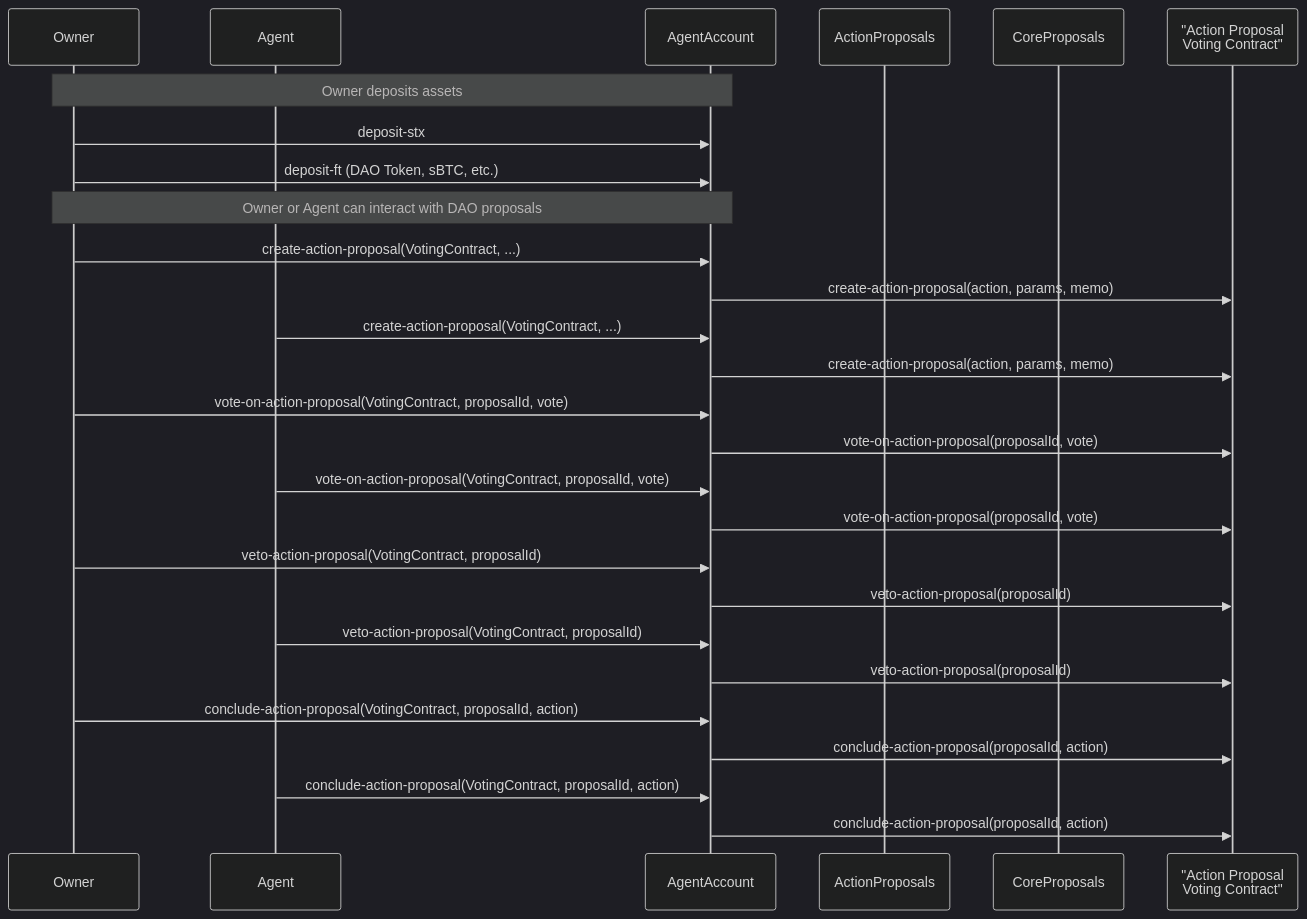
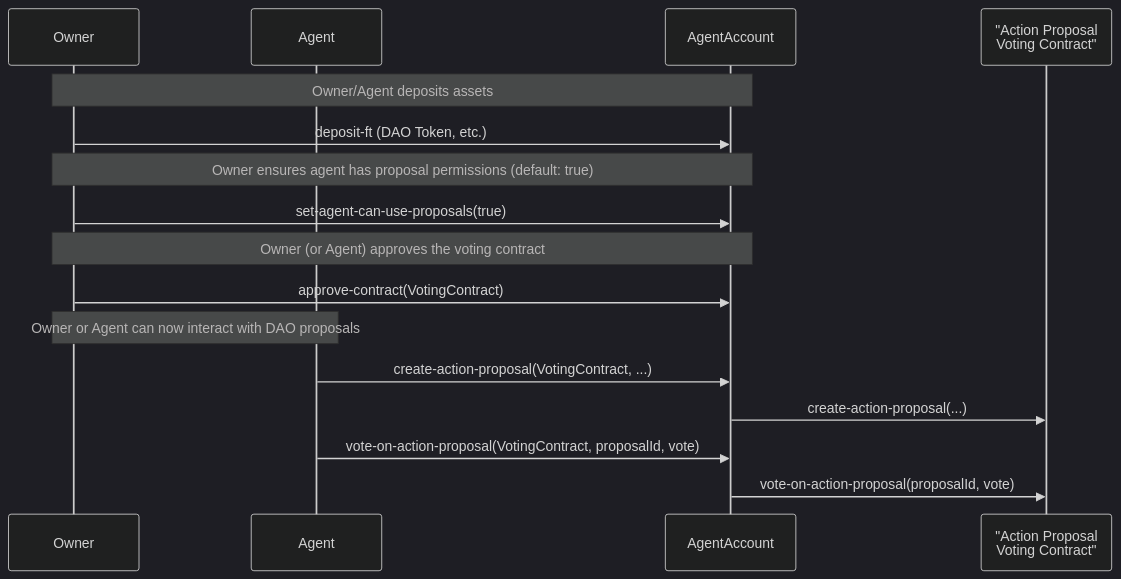
The second of 3 diagrams in aibtc-contracts/agent-account/README.md (aibtcdev/aibtcdev-docs), drawn with Mermaid (dark theme) before and after one commit. The commit also changed other lines of this file and 1 other file, not shown here.

Commit message:
docs: Update agent account README and example to reflect contract changes

````diff
--- a/aibtc-contracts/agent-account/README.md
+++ b/aibtc-contracts/agent-account/README.md
@@ -362,43 +341,24 @@
 ```mermaid
 sequenceDiagram
     participant Owner
     participant Agent
     participant AgentAccount
-    participant ActionProposals
-    participant CoreProposals
-
-    participant Owner
-    participant Agent
-    participant AgentAccount
     participant VotingContract as "Action Proposal<br/>Voting Contract"
 
-    Note over Owner, AgentAccount: Owner deposits assets
-    Owner->>AgentAccount: deposit-stx
-    Owner->>AgentAccount: deposit-ft (DAO Token, sBTC, etc.)
+    Note over Owner, AgentAccount: Owner/Agent deposits assets
+    Owner->>AgentAccount: deposit-ft (DAO Token, etc.)
 
-    Note over Owner, AgentAccount: Owner or Agent can interact with DAO proposals
+    Note over Owner, AgentAccount: Owner ensures agent has proposal permissions (default: true)
+    Owner->>AgentAccount: set-agent-can-use-proposals(true)
 
-    Owner->>AgentAccount: create-action-proposal(VotingContract, ...)
-    AgentAccount->>VotingContract: create-action-proposal(action, params, memo)
+    Note over Owner, AgentAccount: Owner (or Agent) approves the voting contract
+    Owner->>AgentAccount: approve-contract(VotingContract)
+
+    Note over Owner, Agent: Owner or Agent can now interact with DAO proposals
 
     Agent->>AgentAccount: create-action-proposal(VotingContract, ...)
-    AgentAccount->>VotingContract: create-action-proposal(action, params, memo)
-
-    Owner->>AgentAccount: vote-on-action-proposal(VotingContract, proposalId, vote)
-    AgentAccount->>VotingContract: vote-on-action-proposal(proposalId, vote)
+    AgentAccount->>VotingContract: create-action-proposal(...)
 
     Agent->>AgentAccount: vote-on-action-proposal(VotingContract, proposalId, vote)
     AgentAccount->>VotingContract: vote-on-action-proposal(proposalId, vote)
-
-    Owner->>AgentAccount: veto-action-proposal(VotingContract, proposalId)
-    AgentAccount->>VotingContract: veto-action-proposal(proposalId)
-
-    Agent->>AgentAccount: veto-action-proposal(VotingContract, proposalId)
-    AgentAccount->>VotingContract: veto-action-proposal(proposalId)
-
-    Owner->>AgentAccount: conclude-action-proposal(VotingContract, proposalId, action)
-    AgentAccount->>VotingContract: conclude-action-proposal(proposalId, action)
-
-    Agent->>AgentAccount: conclude-action-proposal(VotingContract, proposalId, action)
-    AgentAccount->>VotingContract: conclude-action-proposal(proposalId, action)
 ```
````
